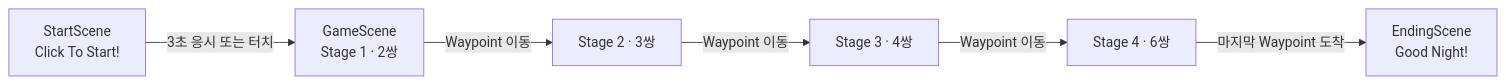
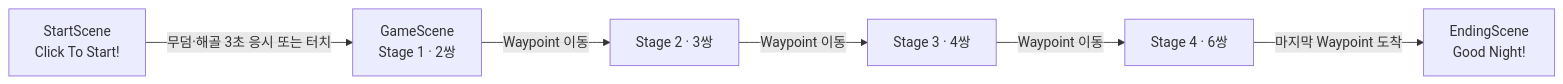
The diagram in README.md (startercube/PleaseSleepMe), drawn with Mermaid before and after one commit. The commit also changed other lines of this file, not shown here.

Commit message:
Fix start screen description: gaze at tomb or skeleton to start

````diff
--- a/README.md
+++ b/README.md
@@ -31,8 +31,8 @@
 ```mermaid
 flowchart LR
-    A["StartScene<br/>Click To Start!"] -->|"3초 응시 또는 터치"| B["GameScene<br/>Stage 1 · 2쌍"]
+    A["StartScene<br/>Click To Start!"] -->|"무덤·해골 3초 응시 또는 터치"| B["GameScene<br/>Stage 1 · 2쌍"]
     B -->|"Waypoint 이동"| C["Stage 2 · 3쌍"]
     C -->|"Waypoint 이동"| D["Stage 3 · 4쌍"]
     D -->|"Waypoint 이동"| E["Stage 4 · 6쌍"]
     E -->|"마지막 Waypoint 도착"| F["EndingScene<br/>Good Night!"]
 ```
````
